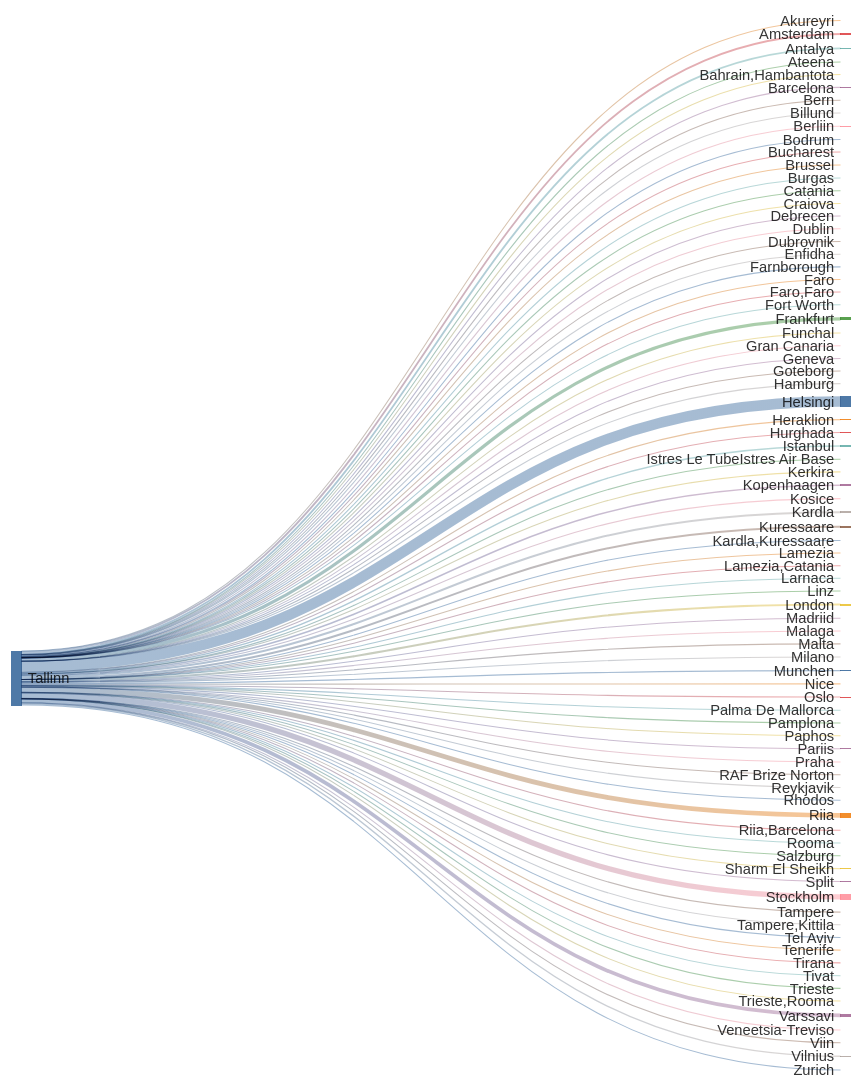
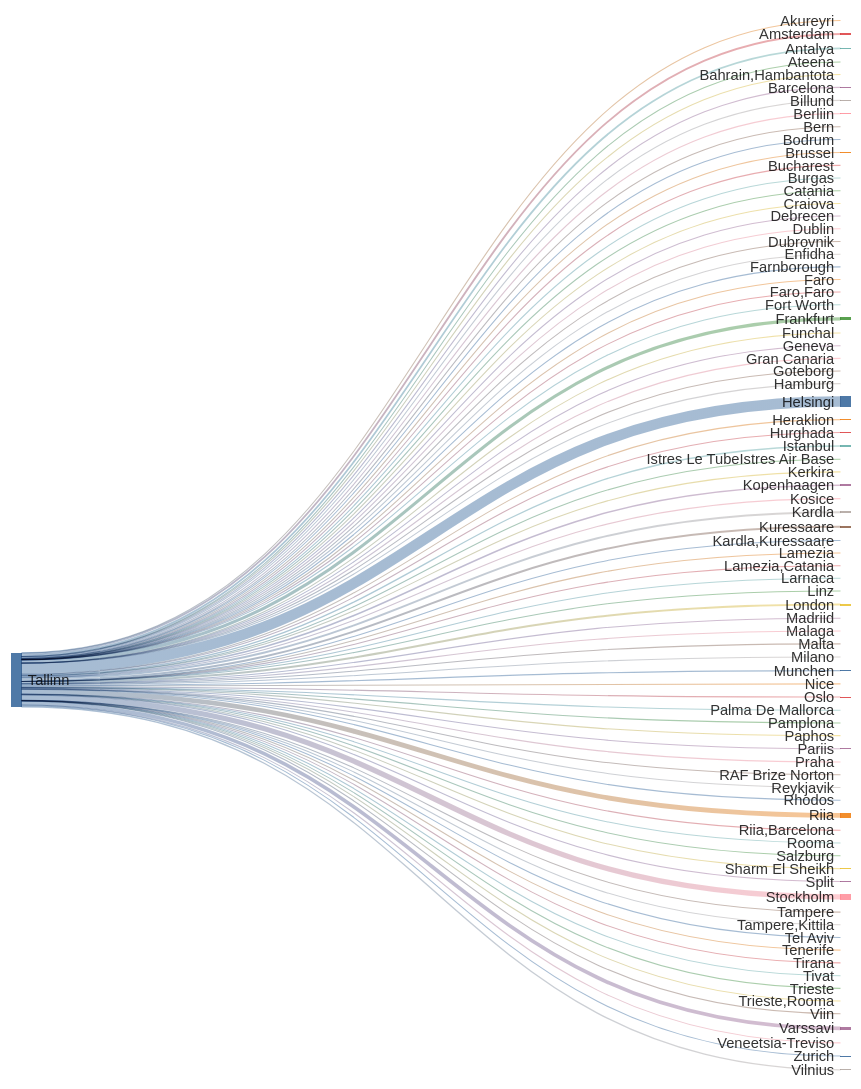
Before and after one commit to rainermesi/tll-airport-departures: the second of 2 diagrams in README.md, drawn with Mermaid. The commit also changed other lines of this file and 1 other file, not shown here.

````diff
--- a/README.md
+++ b/README.md
@@ -42,72 +42,72 @@
 sankey-beta
 %% source,target,value
 Tallinn,Akureyri,1
-Tallinn,Amsterdam,593
-Tallinn,Antalya,575
+Tallinn,Amsterdam,595
+Tallinn,Antalya,579
 Tallinn,Ateena,16
 Tallinn,"Bahrain,Hambantota",1
 Tallinn,Barcelona,167
-Tallinn,Berliin,368
+Tallinn,Berliin,370
 Tallinn,Bern,1
 Tallinn,Billund,87
 Tallinn,Bodrum,15
-Tallinn,Brussel,227
+Tallinn,Brussel,228
 Tallinn,Bucharest,1
 Tallinn,Burgas,67
 Tallinn,Catania,2
 Tallinn,Craiova,1
 Tallinn,Debrecen,1
-Tallinn,Dublin,110
+Tallinn,Dublin,111
 Tallinn,Dubrovnik,21
 Tallinn,Enfidha,19
 Tallinn,Farnborough,1
 Tallinn,Faro,4
 Tallinn,"Faro,Faro",1
 Tallinn,Fort Worth,1
-Tallinn,Frankfurt,1031
+Tallinn,Frankfurt,1034
 Tallinn,Funchal,9
 Tallinn,Geneva,13
 Tallinn,Gran Canaria,38
 Tallinn,Goteborg,2
 Tallinn,Hamburg,2
-Tallinn,Helsingi,3458
-Tallinn,Heraklion,139
+Tallinn,Helsingi,3466
+Tallinn,Heraklion,141
 Tallinn,Hurghada,78
-Tallinn,Istanbul,448
+Tallinn,Istanbul,449
 Tallinn,Istres Le TubeIstres Air Base,2
 Tallinn,Kerkira,4
-Tallinn,Kopenhaagen,507
+Tallinn,Kopenhaagen,510
 Tallinn,Kosice,1
-Tallinn,Kuressaare,655
-Tallinn,Kardla,657
+Tallinn,Kuressaare,656
+Tallinn,Kardla,658
 Tallinn,"Kardla,Kuressaare",1
 Tallinn,Lamezia,6
 Tallinn,"Lamezia,Catania",3
 Tallinn,Larnaca,9
 Tallinn,Linz,2
-Tallinn,London,668
+Tallinn,London,670
 Tallinn,Madriid,5
 Tallinn,Malaga,143
 Tallinn,Malta,37
-Tallinn,Milano,287
-Tallinn,Munchen,372
-Tallinn,Nice,67
-Tallinn,Oslo,346
+Tallinn,Milano,288
+Tallinn,Munchen,374
+Tallinn,Nice,68
+Tallinn,Oslo,348
 Tallinn,Palma De Mallorca,41
 Tallinn,Pamplona,1
 Tallinn,Paphos,66
-Tallinn,Pariis,309
-Tallinn,Praha,102
+Tallinn,Pariis,310
+Tallinn,Praha,103
 Tallinn,RAF Brize Norton,1
 Tallinn,Reykjavik,20
 Tallinn,Rhodos,75
-Tallinn,Riia,1574
+Tallinn,Riia,1578
 Tallinn,"Riia,Barcelona",1
 Tallinn,Rooma,80
 Tallinn,Salzburg,14
-Tallinn,Sharm El Sheikh,122
-Tallinn,Split,68
-Tallinn,Stockholm,1733
+Tallinn,Sharm El Sheikh,124
+Tallinn,Split,69
+Tallinn,Stockholm,1739
 Tallinn,Tampere,17
 Tallinn,"Tampere,Kittila",21
 Tallinn,Tel Aviv,2
@@ -116,11 +116,11 @@
 Tallinn,Tivat,80
 Tallinn,Trieste,1
 Tallinn,"Trieste,Rooma",1
-Tallinn,Varssavi,1200
+Tallinn,Varssavi,1204
 Tallinn,Veneetsia-Treviso,67
 Tallinn,Viin,106
-Tallinn,Vilnius,439
-Tallinn,Zurich,311
+Tallinn,Vilnius,440
+Tallinn,Zurich,312
 
 
 ```
````
